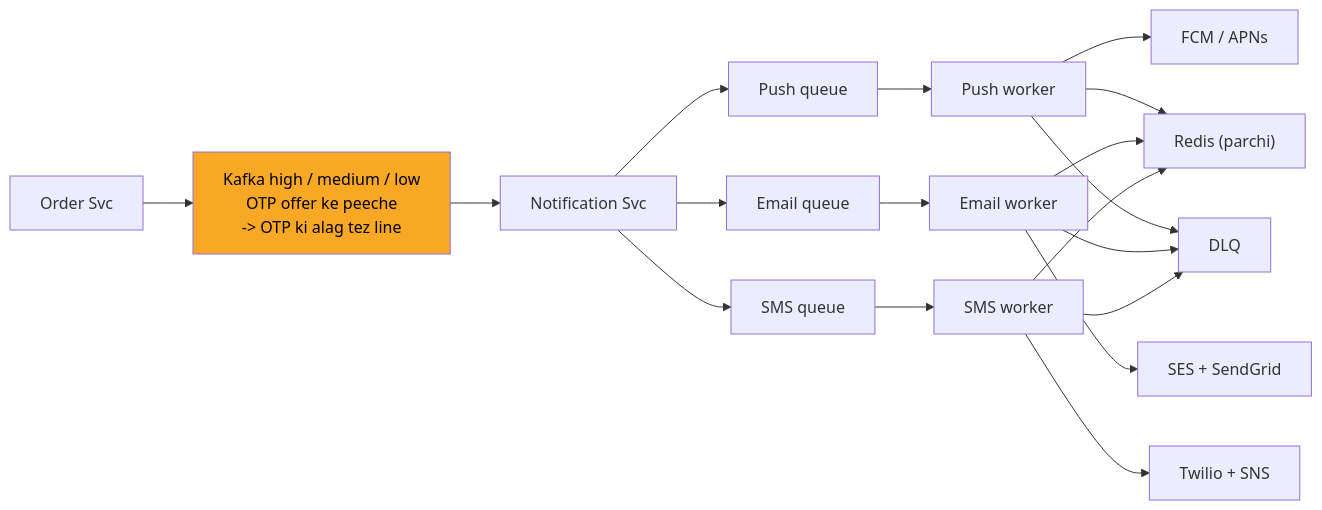
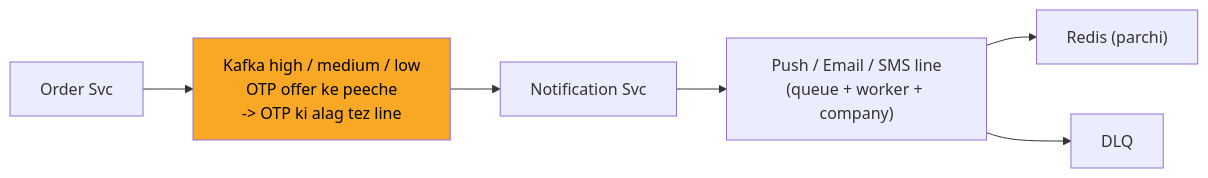
One commit to ArpanMaheshwari144/Prep changed the eighth of 13 diagrams in 04_HLD/SYSTEM_DESIGNS/04_notification_system/04_notification_system.md. Above: the diagram before and after it, drawn with Mermaid. The commit also changed other lines of this file and 11 other files, not shown here.

Commit message:
hld: card diagrams max 8 boxes (App x N, merged stores/chains; full diagram only in AAKHRI DABBA)

````diff
--- a/04_HLD/SYSTEM_DESIGNS/04_notification_system/04_notification_system.md
+++ b/04_HLD/SYSTEM_DESIGNS/04_notification_system/04_notification_system.md
@@ -385,35 +301,15 @@
 ```mermaid
 flowchart LR
     n_Order_Svc["Order Svc"]
     n_Kafka["Kafka high / medium / low<br/>OTP offer ke peeche<br/>-> OTP ki alag tez line"]
     n_Notification_Svc["Notification Svc"]
-    n_Push_queue["Push queue"]
-    n_Push_worker["Push worker"]
-    n_FCM_APNs["FCM / APNs"]
-    n_Email_queue["Email queue"]
-    n_Email_worker["Email worker"]
-    n_SES["SES + SendGrid"]
-    n_SMS_queue["SMS queue"]
-    n_SMS_worker["SMS worker"]
-    n_Twilio["Twilio + SNS"]
+    n_LINES["Push / Email / SMS line<br/>(queue + worker + company)"]
     n_Redis["Redis (parchi)"]
     n_DLQ["DLQ"]
     n_Order_Svc --> n_Kafka
     n_Kafka --> n_Notification_Svc
-    n_Notification_Svc --> n_Push_queue
-    n_Notification_Svc --> n_Email_queue
-    n_Notification_Svc --> n_SMS_queue
-    n_Push_queue --> n_Push_worker
-    n_Push_worker --> n_FCM_APNs
-    n_Email_queue --> n_Email_worker
-    n_Email_worker --> n_SES
-    n_SMS_queue --> n_SMS_worker
-    n_SMS_worker --> n_Twilio
-    n_Push_worker --> n_Redis
-    n_Email_worker --> n_Redis
-    n_SMS_worker --> n_Redis
-    n_Push_worker --> n_DLQ
-    n_Email_worker --> n_DLQ
-    n_SMS_worker --> n_DLQ
+    n_Notification_Svc --> n_LINES
+    n_LINES --> n_Redis
+    n_LINES --> n_DLQ
     style n_Kafka fill:#f9a825,color:#000
 ```
````
